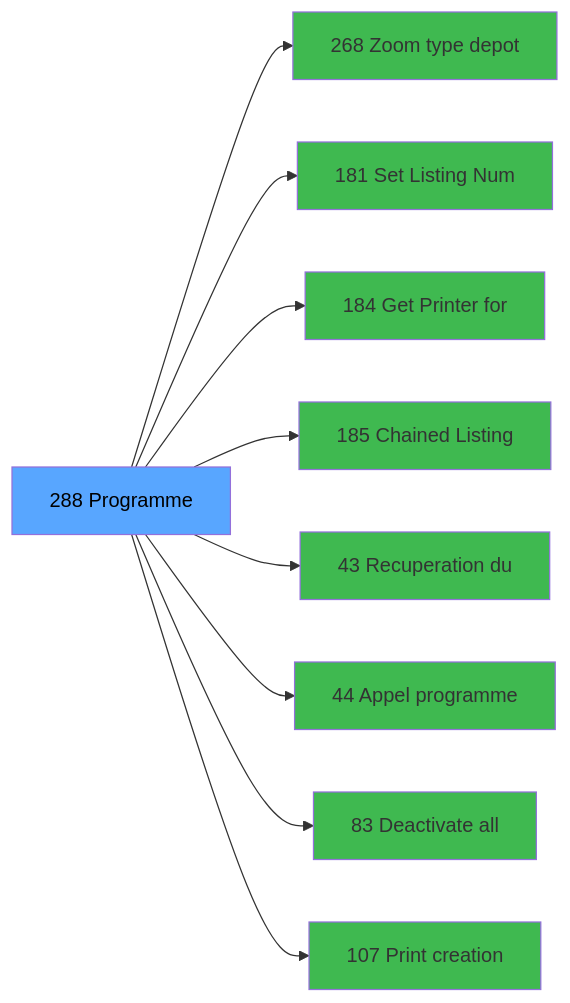
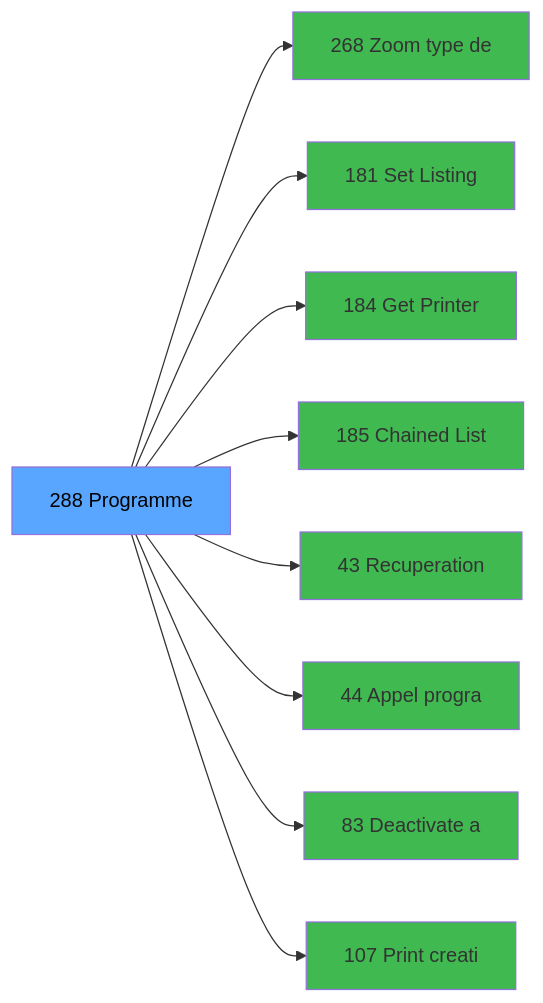
Before and after one commit to thonyAGP/magic-migration: the third of 3 diagrams in .openspec/specs/ADH-IDE-288.md, drawn with Mermaid. The commit also changed other lines of this file and 323 other files, not shown here.

````diff
--- a/.openspec/specs/ADH-IDE-288.md
+++ b/.openspec/specs/ADH-IDE-288.md
@@ -141,29 +154,29 @@
 ```mermaid
 graph LR
     T[288 Programme]
-    C268[268 Zoom type depot]
+    C268[268 Zoom type de]
     T --> C268
-    C181[181 Set Listing Num]
+    C181[181 Set Listing ]
     T --> C181
-    C184[184 Get Printer for]
+    C184[184 Get Printer ]
     T --> C184
-    C185[185 Chained Listing]
+    C185[185 Chained List]
     T --> C185
-    C43[43 Recuperation du]
+    C43[43 Recuperation]
     T --> C43
-    C44[44 Appel programme]
+    C44[44 Appel progra]
     T --> C44
-    C83[83 Deactivate all ]
+    C83[83 Deactivate a]
     T --> C83
-    C107[107 Print creation ]
+    C107[107 Print creati]
     T --> C107
     style T fill:#58a6ff,color:#000
     style C268 fill:#3fb950
     style C181 fill:#3fb950
     style C184 fill:#3fb950
     style C185 fill:#3fb950
     style C43 fill:#3fb950
     style C44 fill:#3fb950
     style C83 fill:#3fb950
     style C107 fill:#3fb950
 ```
````
